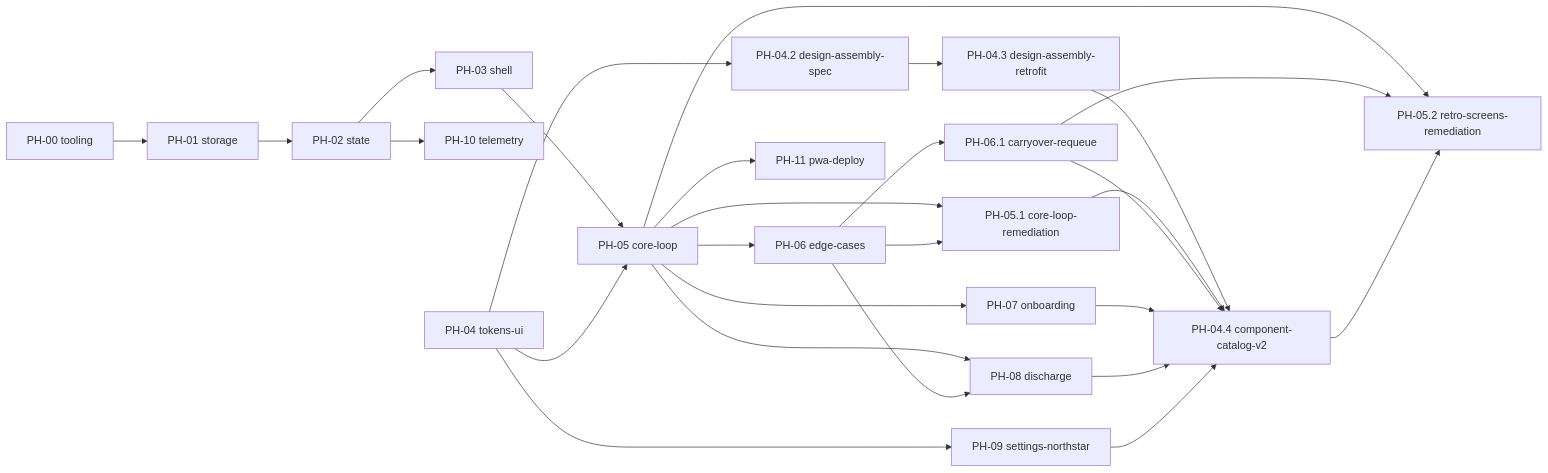
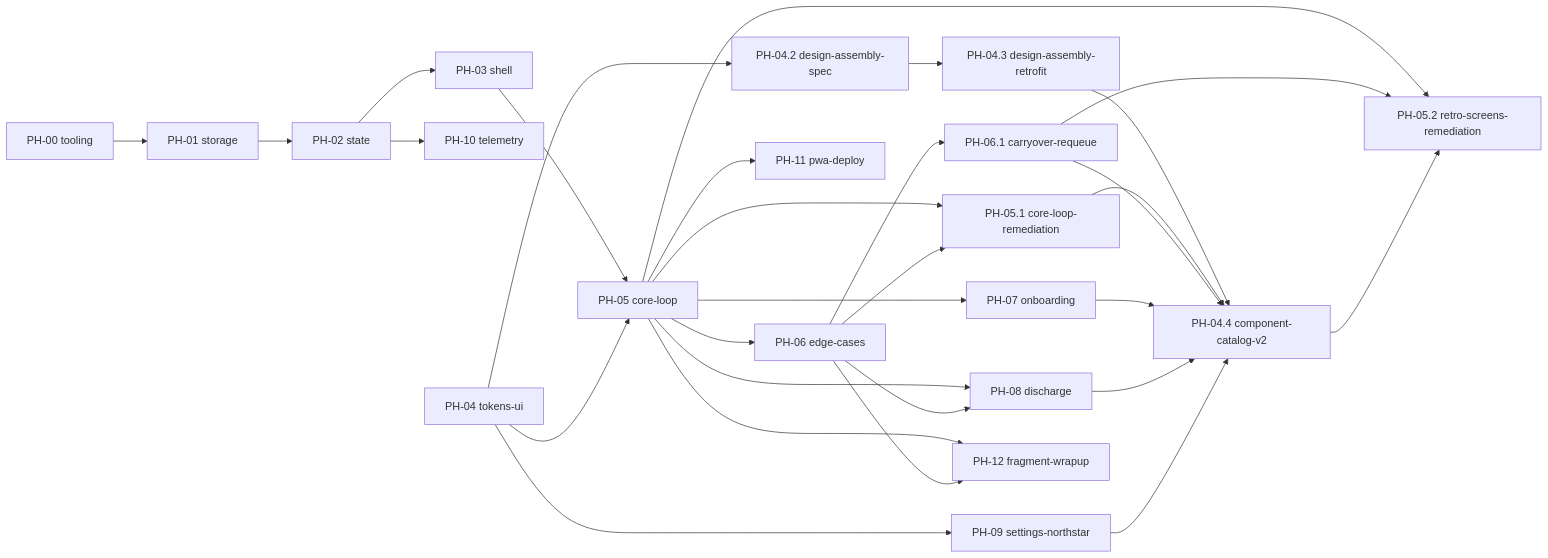
The diagram in docs/phases/README.md (Sparrowlim/com-pace), drawn with Mermaid before and after one commit. The commit also changed other lines of this file and 9 other files, not shown here.

````diff
--- a/docs/phases/README.md
+++ b/docs/phases/README.md
@@ -133,29 +134,31 @@
 ```mermaid
 flowchart LR
   PH00[PH-00 tooling] --> PH01[PH-01 storage]
   PH01 --> PH02[PH-02 state]
   PH02 --> PH03[PH-03 shell]
   PH02 --> PH10[PH-10 telemetry]
   PH03 --> PH05[PH-05 core-loop]
   PH04[PH-04 tokens-ui] --> PH05
   PH04 --> PH042[PH-04.2 design-assembly-spec]
   PH042 --> PH043[PH-04.3 design-assembly-retrofit]
   PH05 --> PH06[PH-06 edge-cases]
   PH05 --> PH07[PH-07 onboarding]
   PH05 --> PH08[PH-08 discharge]
   PH05 --> PH051[PH-05.1 core-loop-remediation]
   PH06 --> PH051
   PH06 --> PH061[PH-06.1 carryover-requeue]
   PH06 --> PH08
   PH04 --> PH09[PH-09 settings-northstar]
   PH05 --> PH11[PH-11 pwa-deploy]
   PH043 --> PH044[PH-04.4 component-catalog-v2]
   PH051 --> PH044
   PH061 --> PH044
   PH07 --> PH044
   PH08 --> PH044
   PH09 --> PH044
   PH05 --> PH052[PH-05.2 retro-screens-remediation]
   PH061 --> PH052
   PH044 --> PH052
+  PH05 --> PH12[PH-12 fragment-wrapup]
+  PH06 --> PH12
 ```
````
